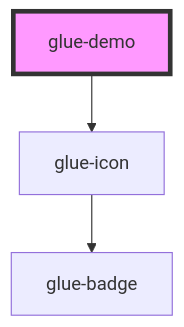
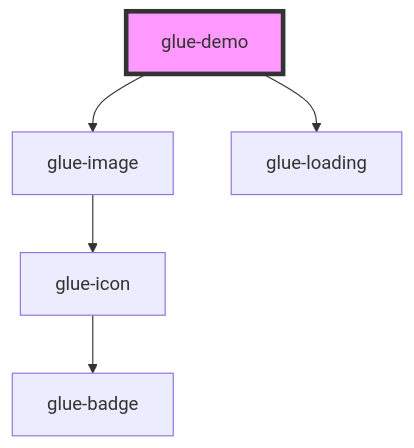
Before and after one commit to grasilife/glue: the diagram in packages/glue-components/src/components/glue-demo/readme.md, drawn with Mermaid. The commit also changed other lines of this file and 9 other files, not shown here.

````diff
--- a/packages/glue-components/src/components/glue-demo/readme.md
+++ b/packages/glue-components/src/components/glue-demo/readme.md
@@ -22,6 +23,8 @@
 ```mermaid
 graph TD;
-  glue-demo --> glue-icon
+  glue-demo --> glue-image
+  glue-demo --> glue-loading
+  glue-image --> glue-icon
   glue-icon --> glue-badge
   style glue-demo fill:#f9f,stroke:#333,stroke-width:4px
 ```
````
